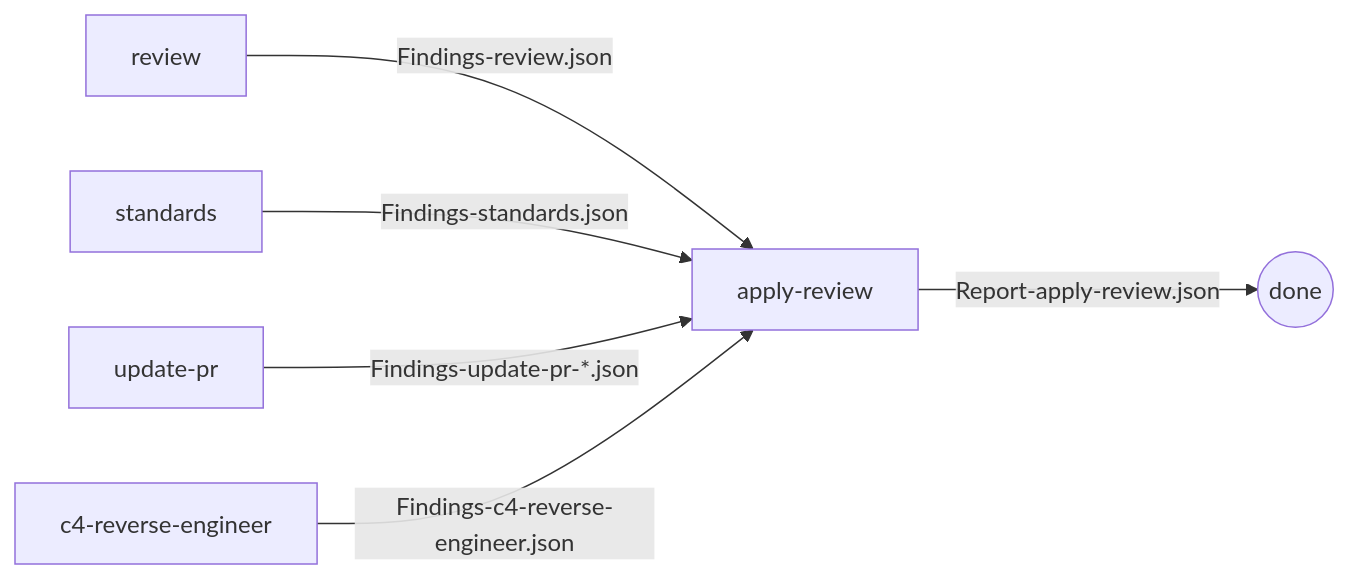
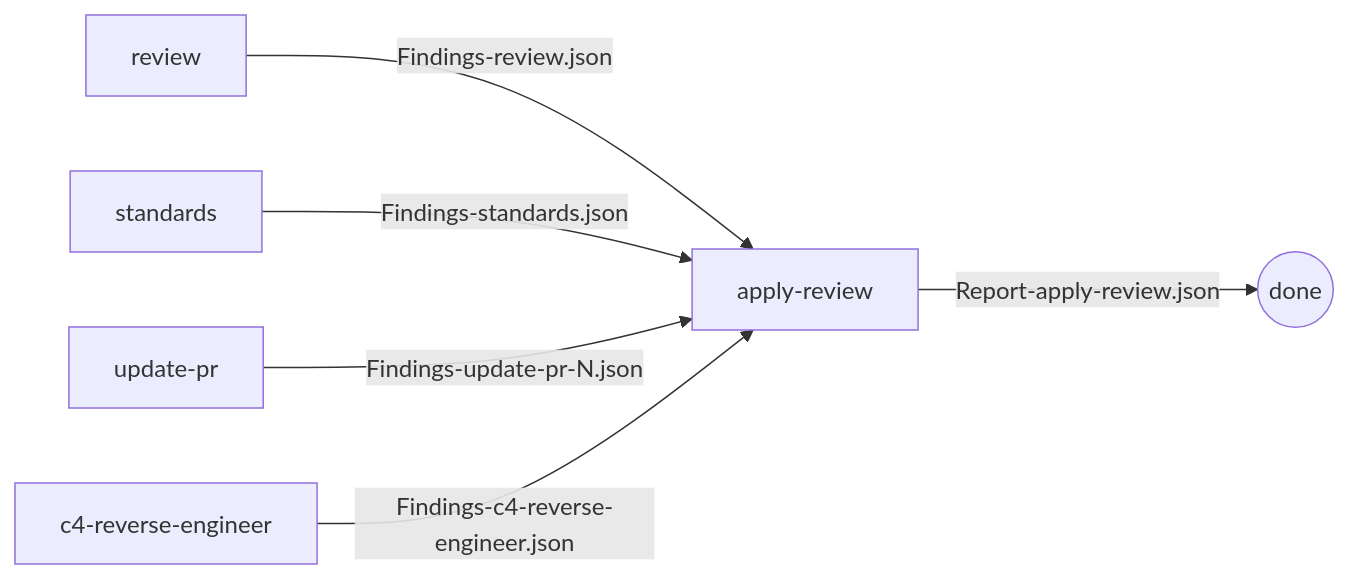
One commit to jewzaam/jewzaam-reviews changed the diagram in README.md. Above: the diagram before and after it, drawn with Mermaid.

Commit message:
docs: fix broken Mermaid diagram rendering on GitHub
Remove quoted edge/node labels, rename underscore node ID, and
replace wildcard character — all known causes of GitHub Mermaid
render failures.

````diff
--- a/README.md
+++ b/README.md
@@ -24,8 +24,8 @@
 ```mermaid
 graph LR
-    review["review"] -->|"Findings-review.json"| apply["apply-review"]
-    standards["standards"] -->|"Findings-standards.json"| apply
-    update_pr["update-pr"] -->|"Findings-update-pr-*.json"| apply
-    c4["c4-reverse-engineer"] -->|"Findings-c4-reverse-engineer.json"| apply
-    apply -->|"Report-apply-review.json"| done((done))
+    review[review] -->|Findings-review.json| apply[apply-review]
+    standards[standards] -->|Findings-standards.json| apply
+    updatepr[update-pr] -->|Findings-update-pr-N.json| apply
+    c4[c4-reverse-engineer] -->|Findings-c4-reverse-engineer.json| apply
+    apply -->|Report-apply-review.json| done((done))
 ```
````
